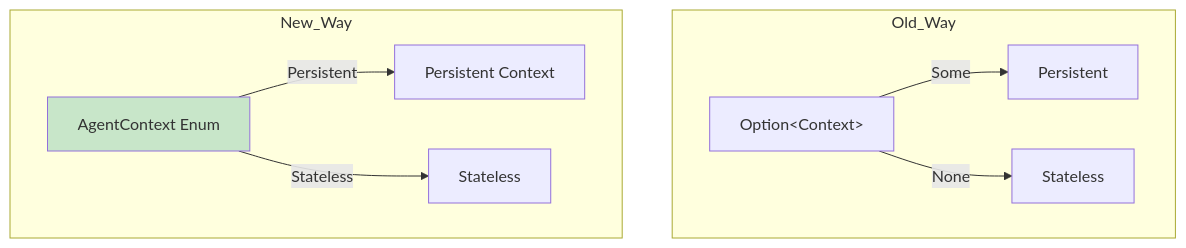
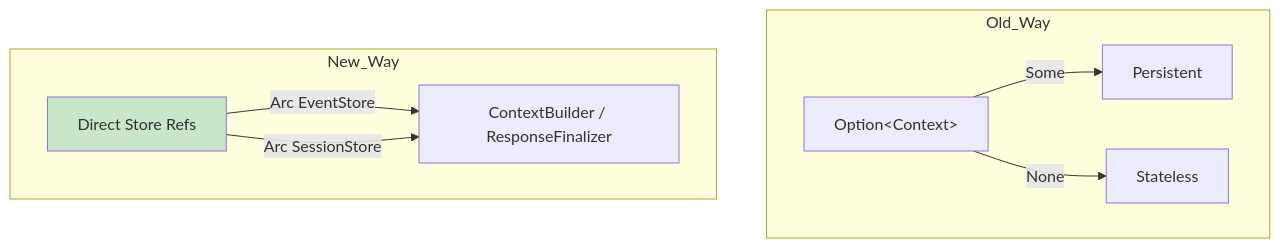
Diagram 12 of 20 in docs/architecture-en.md (yeheng/nanobot-rs), drawn with Mermaid before and after one commit. The commit also changed 10 other files, not shown here.

First line of the commit message:
docs: update AgentContext references after refactoring

````diff
--- a/docs/architecture-en.md
+++ b/docs/architecture-en.md
@@ -374,16 +374,16 @@
 ```mermaid
 flowchart TB
     subgraph Old_Way
         O[Option&lt;Context&gt;]
         O -->|Some| P[Persistent]
         O -->|None| S[Stateless]
     end
     
     subgraph New_Way
-        E[AgentContext Enum]
-        E -->|Persistent| P2[Persistent Context]
-        E -->|Stateless| S2[Stateless]
+        E[Direct Store Refs]
+        E -->|Arc EventStore| P2[ContextBuilder / ResponseFinalizer]
+        E -->|Arc SessionStore| P2
     end
-    
+
     style E fill:#C8E6C9
 ```
````
